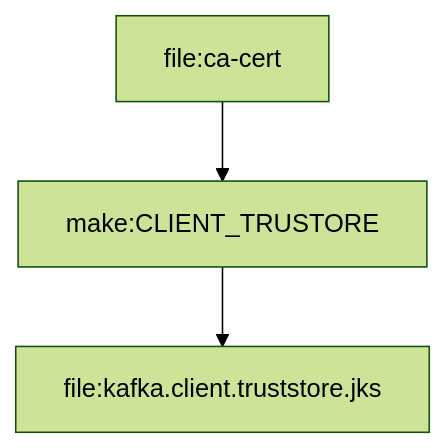
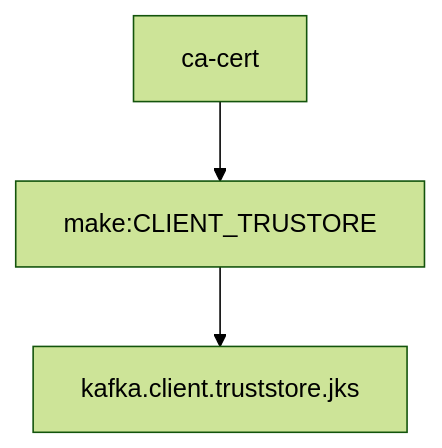
One commit to decodableco/examples changed the fifth of 6 diagrams in mtls/README.md. Above: the diagram before and after it, drawn with Mermaid (forest theme). The commit also changed other lines of this file, not shown here.

````diff
--- a/mtls/README.md
+++ b/mtls/README.md
@@ -74,6 +98,6 @@
 ```mermaid
 flowchart TD;
 
-file:ca-cert-->make:CLIENT_TRUSTORE:::make-->jks[file:kafka.client.truststore.jks]:::file
+ca-cert-->make:CLIENT_TRUSTORE-->jks[kafka.client.truststore.jks]
 
 ```
````
